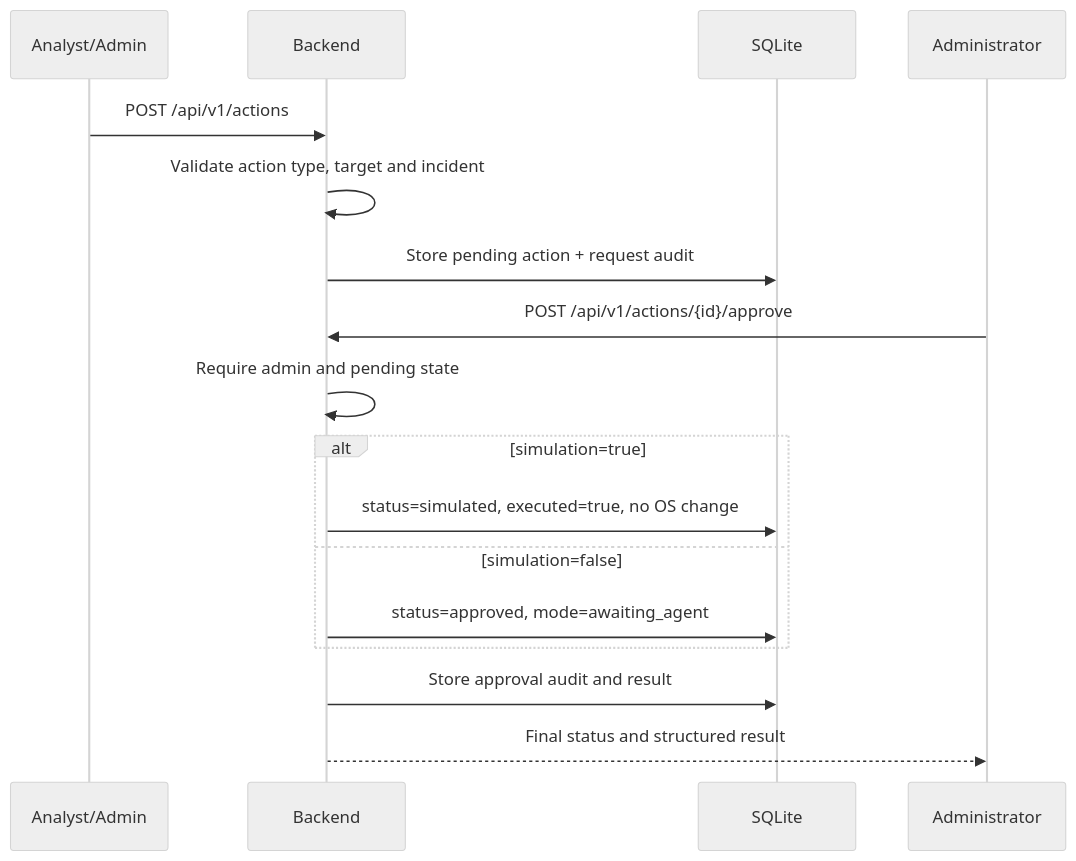
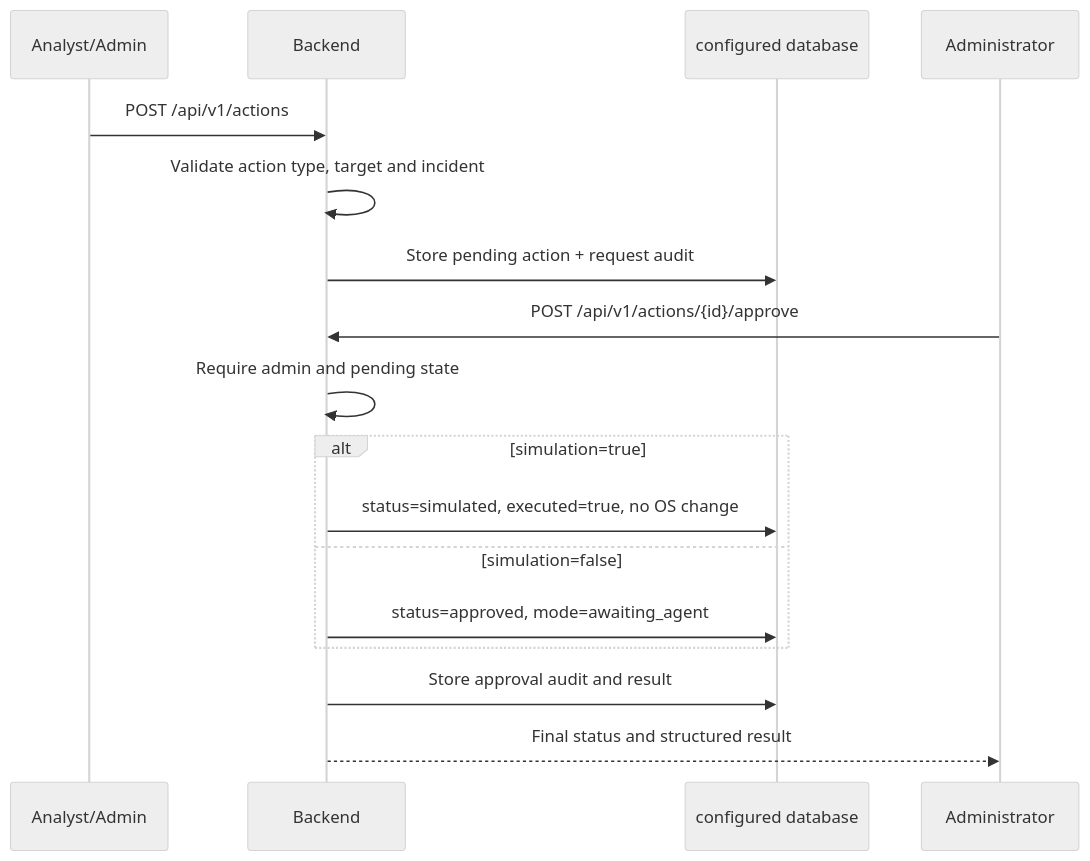
One commit to shivansh-kumar-adi/AgentSec-Plus-Plus changed the fourth of 6 diagrams in docs/architecture.md. Above: the diagram before and after it, drawn with Mermaid (neutral theme). The commit also changed other lines of this file and 13 other files, not shown here.

````diff
--- a/docs/architecture.md
+++ b/docs/architecture.md
@@ -98,19 +98,19 @@
 ```mermaid
 sequenceDiagram
   participant R as Analyst/Admin
   participant B as Backend
-  participant D as SQLite
+  participant D as configured database
   participant A as Administrator
   R->>B: POST /api/v1/actions
   B->>B: Validate action type, target and incident
   B->>D: Store pending action + request audit
   A->>B: POST /api/v1/actions/{id}/approve
   B->>B: Require admin and pending state
   alt simulation=true
     B->>D: status=simulated, executed=true, no OS change
   else simulation=false
     B->>D: status=approved, mode=awaiting_agent
   end
   B->>D: Store approval audit and result
   B-->>A: Final status and structured result
 ```
````
